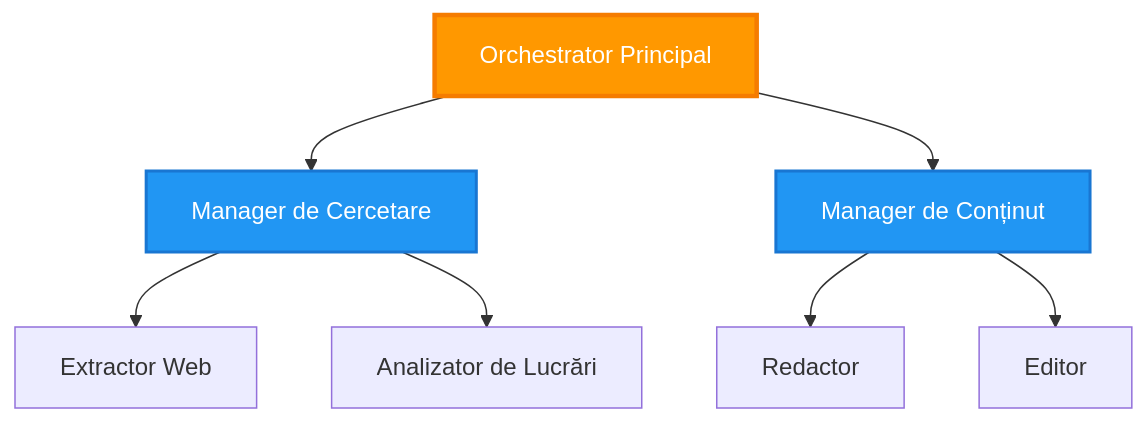
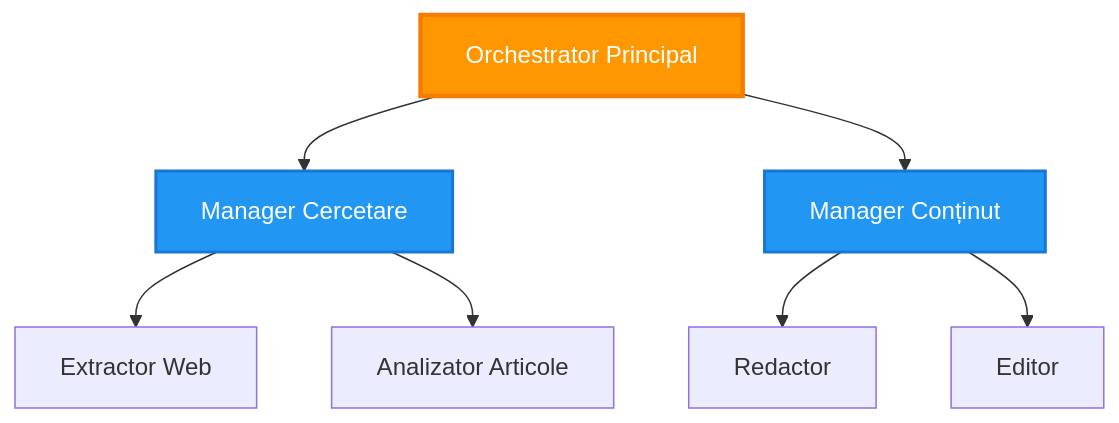
One commit to microsoft/AZD-for-beginners changed the third of 6 diagrams in translations/ro/docs/chapter-06-pre-deployment/coordination-patterns.md. Above: the diagram before and after it, drawn with Mermaid. The commit also changed other lines of this file and 101 other files, not shown here.

````diff
--- a/translations/ro/docs/chapter-06-pre-deployment/coordination-patterns.md
+++ b/translations/ro/docs/chapter-06-pre-deployment/coordination-patterns.md
@@ -149,21 +143,21 @@
 ```mermaid
 graph TB
     Master[Orchestrator Principal]
-    Manager1[Manager de Cercetare]
-    Manager2[Manager de Conținut]
+    Manager1[Manager Cercetare]
+    Manager2[Manager Conținut]
     W1[Extractor Web]
-    W2[Analizator de Lucrări]
+    W2[Analizator Articole]
     W3[Redactor]
     W4[Editor]
     
     Master --> Manager1
     Master --> Manager2
     Manager1 --> W1
     Manager1 --> W2
     Manager2 --> W3
     Manager2 --> W4
     
     style Master fill:#FF9800,stroke:#F57C00,stroke-width:3px,color:#fff
     style Manager1 fill:#2196F3,stroke:#1976D2,stroke-width:2px,color:#fff
     style Manager2 fill:#2196F3,stroke:#1976D2,stroke-width:2px,color:#fff
 ```
````
